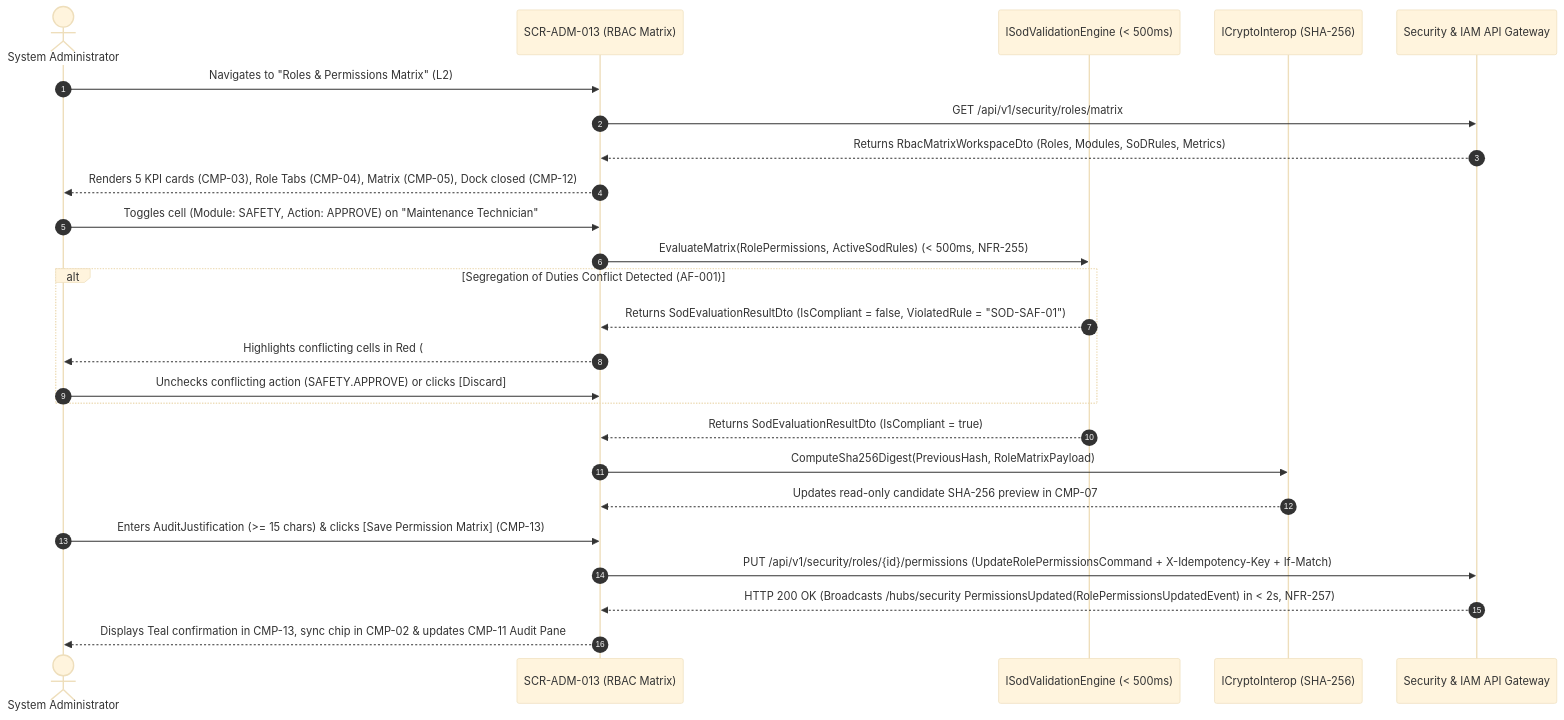
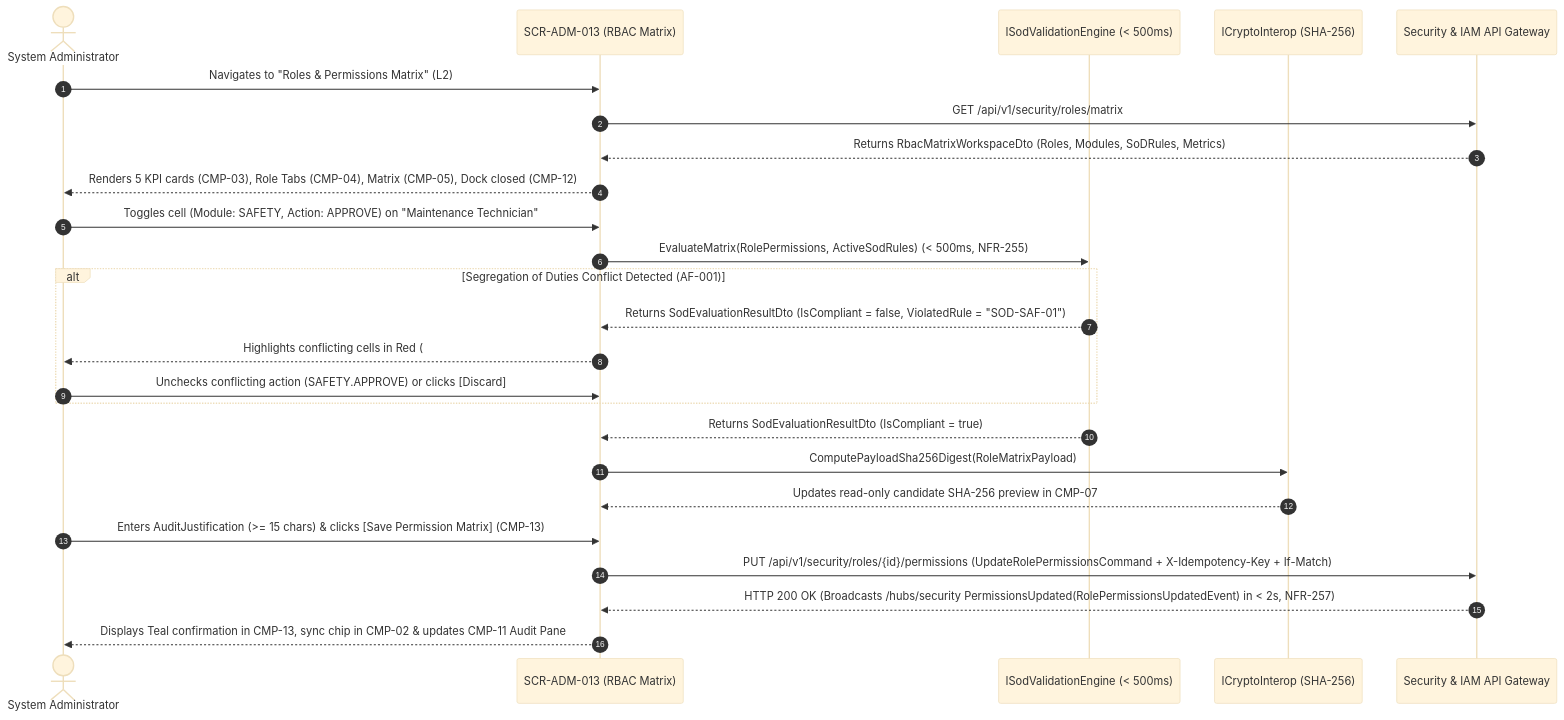
One commit to Novav20/adso-dteam-docs changed the diagram in ui-ux/screens/adm/SCR-ADM-013.md. Above: the diagram before and after it, drawn with Mermaid (base theme). The commit also changed other lines of this file and 9 other files, not shown here.

````diff
--- a/ui-ux/screens/adm/SCR-ADM-013.md
+++ b/ui-ux/screens/adm/SCR-ADM-013.md
@@ -231,28 +231,28 @@
 ```mermaid
 sequenceDiagram
     autonumber
     actor Admin as System Administrator
     participant UI as SCR-ADM-013 (RBAC Matrix)
     participant SoD as ISodValidationEngine (< 500ms)
     participant Crypto as ICryptoInterop (SHA-256)
     participant API as Security & IAM API Gateway
 
     Admin->>UI: Navigates to "Roles & Permissions Matrix" (L2)
     UI->>API: GET /api/v1/security/roles/matrix
     API-->>UI: Returns RbacMatrixWorkspaceDto (Roles, Modules, SoDRules, Metrics)
     UI-->>Admin: Renders 5 KPI cards (CMP-03), Role Tabs (CMP-04), Matrix (CMP-05), Dock closed (CMP-12)
     Admin->>UI: Toggles cell (Module: SAFETY, Action: APPROVE) on "Maintenance Technician"
     UI->>SoD: EvaluateMatrix(RolePermissions, ActiveSodRules) (< 500ms, NFR-255)
     alt Segregation of Duties Conflict Detected (AF-001)
         SoD-->>UI: Returns SodEvaluationResultDto (IsCompliant = false, ViolatedRule = "SOD-SAF-01")
         UI-->>Admin: Highlights conflicting cells in Red (#icon-ban) & hard-locks [Save]
         Admin->>UI: Unchecks conflicting action (SAFETY.APPROVE) or clicks [Discard]
     end
     SoD-->>UI: Returns SodEvaluationResultDto (IsCompliant = true)
-    UI->>Crypto: ComputeSha256Digest(PreviousHash, RoleMatrixPayload)
+    UI->>Crypto: ComputePayloadSha256Digest(RoleMatrixPayload)
     Crypto-->>UI: Updates read-only candidate SHA-256 preview in CMP-07
     Admin->>UI: Enters AuditJustification (>= 15 chars) & clicks [Save Permission Matrix] (CMP-13)
     UI->>API: PUT /api/v1/security/roles/{id}/permissions (UpdateRolePermissionsCommand + X-Idempotency-Key + If-Match)
     API-->>UI: HTTP 200 OK (Broadcasts /hubs/security PermissionsUpdated(RolePermissionsUpdatedEvent) in < 2s, NFR-257)
     UI-->>Admin: Displays Teal confirmation in CMP-13, sync chip in CMP-02 & updates CMP-11 Audit Pane
 ```
````
